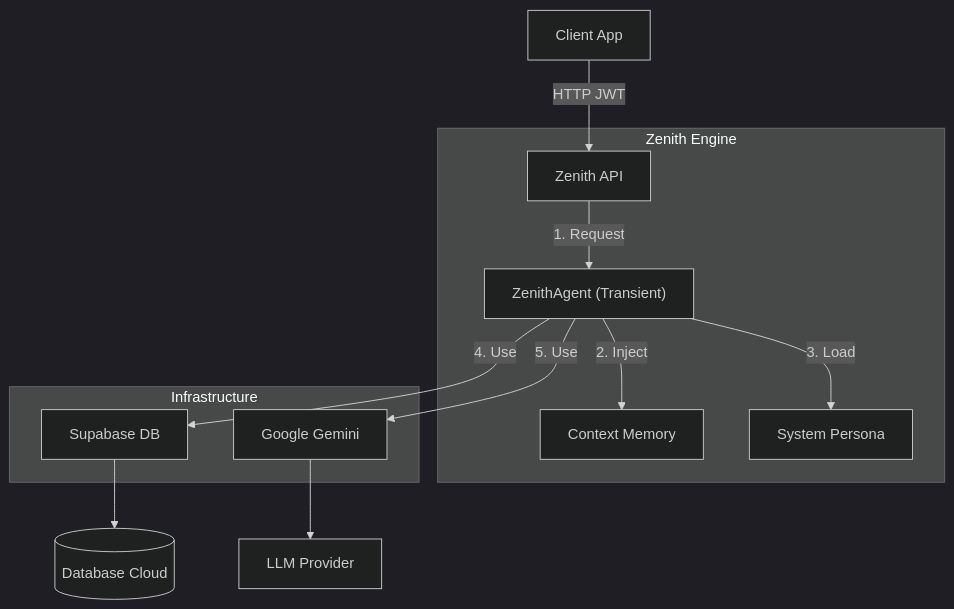
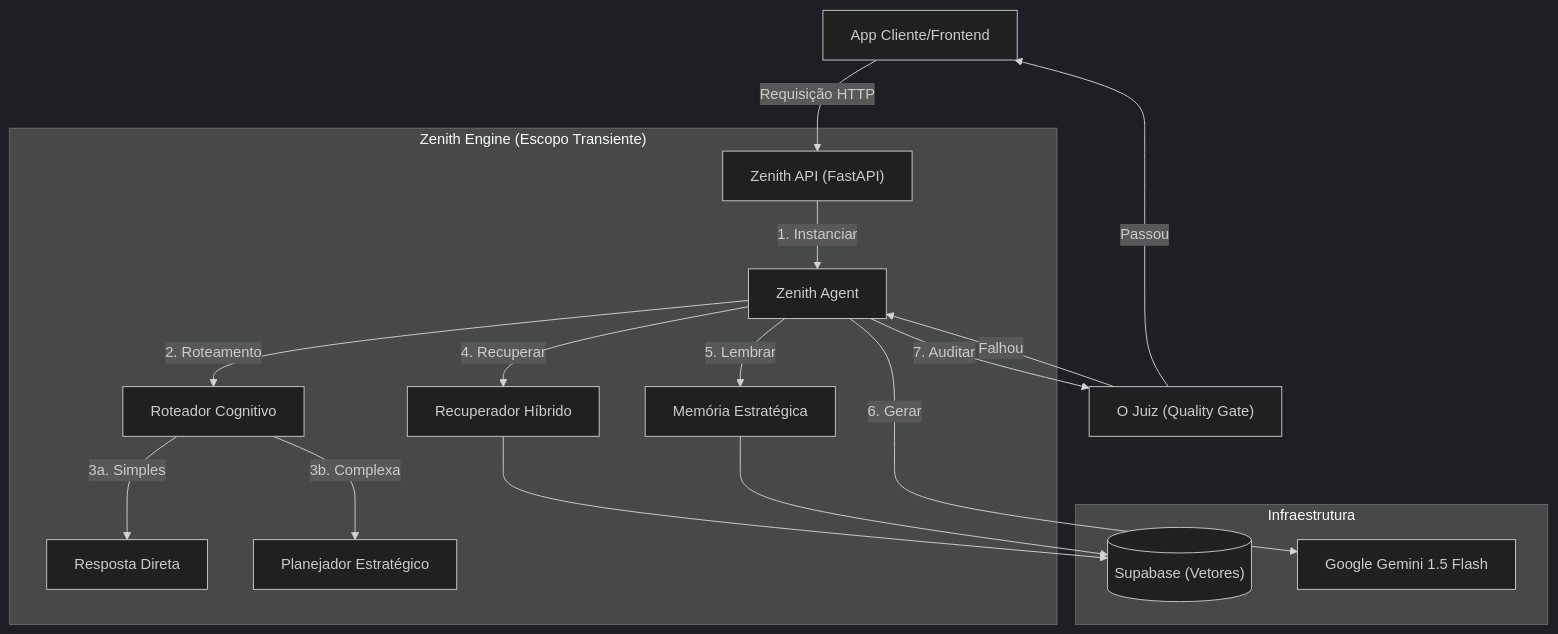
The diagram in README.md (stuartfsi05/Zenith-Prompt-Architect-Engine), drawn with Mermaid (dark theme) before and after one commit. The commit also changed other lines of this file and 3 other files, not shown here.

````diff
--- a/README.md
+++ b/README.md
@@ -32,18 +46,25 @@
 ```mermaid
 graph TD
-    Client["Client App"] -->|HTTP JWT| API["Zenith API"]
+    Client["App Cliente/Frontend"] -->|Requisição HTTP| API["Zenith API (FastAPI)"]
     
-    subgraph "Zenith Engine"
-        API -->|1. Request| Agent["ZenithAgent (Transient)"]
-        Agent -->|2. Inject| Memory["Context Memory"]
-        Agent -->|3. Load| Persona["System Persona"]
+    subgraph "Zenith Engine (Escopo Transiente)"
+        API -->|1. Instanciar| Agent["Zenith Agent"]
+        Agent -->|2. Roteamento| Router["Roteador Cognitivo"]
+        
+        Router -->|3a. Simples| Executor["Resposta Direta"]
+        Router -->|3b. Complexa| Planner["Planejador Estratégico"]
+        
+        Agent -->|4. Recuperar| RAG["Recuperador Híbrido"]
+        Agent -->|5. Lembrar| Memory["Memória Estratégica"]
     end
     
-    subgraph "Infrastructure"
-        Agent -->|4. Use| DB["Supabase DB"]
-        Agent -->|5. Use| LLM["Google Gemini"]
+    subgraph "Infraestrutura"
+        RAG --> CloudDB[("Supabase (Vetores)")]
+        Memory --> CloudDB
+        Agent -->|6. Gerar| LLM["Google Gemini 1.5 Flash"]
     end
     
-    DB --> Cloud[("Database Cloud")]
-    LLM --> AI["LLM Provider"]
+    Agent -->|7. Auditar| Judge["O Juiz (Quality Gate)"]
+    Judge -- Passou --> Client
+    Judge -- Falhou --> Agent
 ```
````
